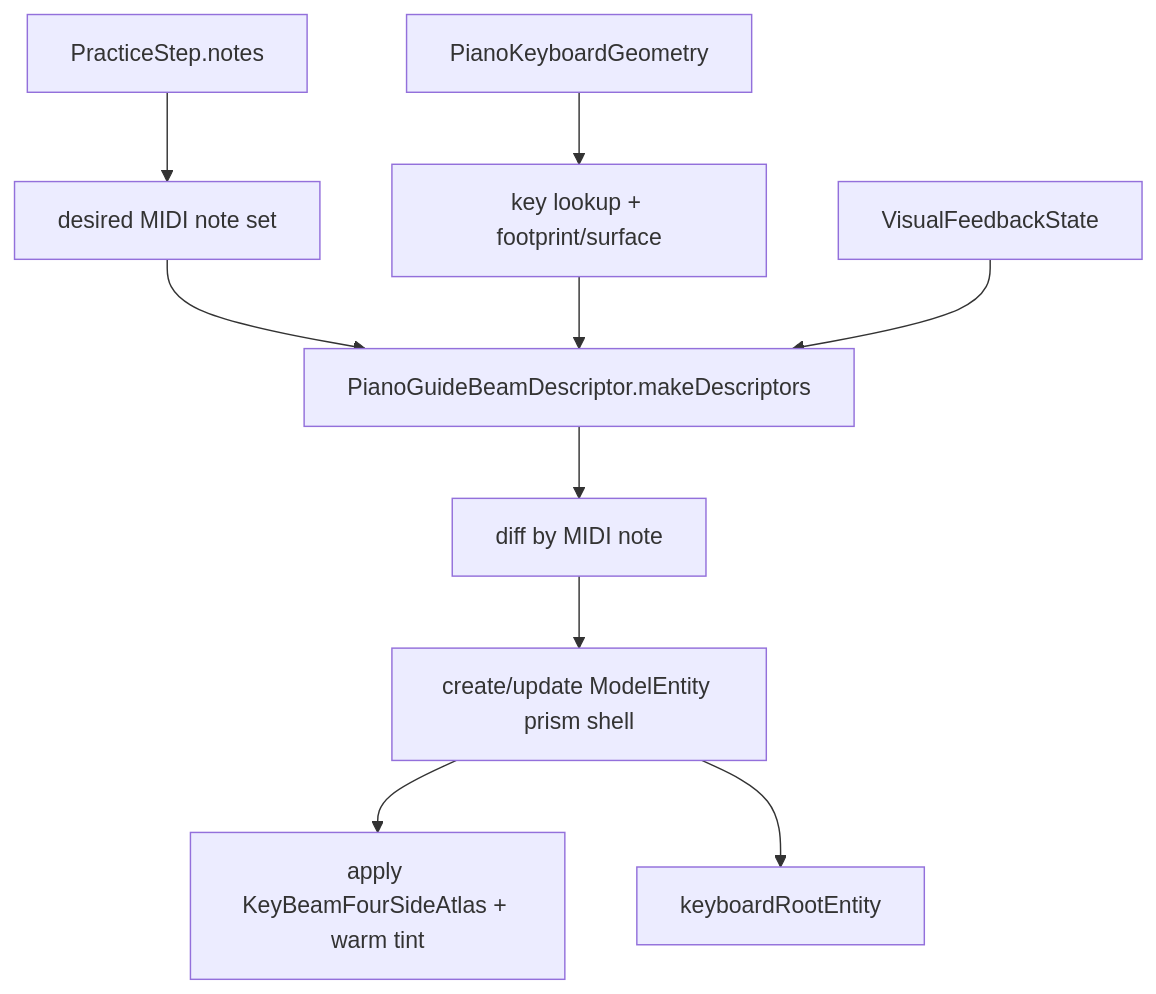
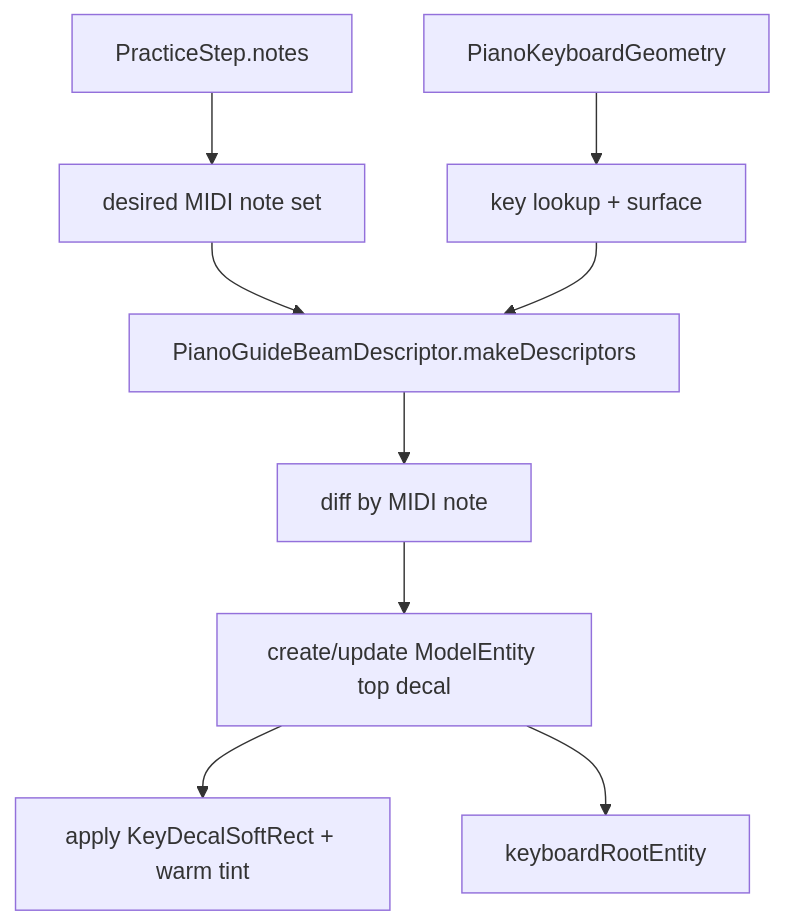
Before and after one commit to chiimagnus/HappyPianist: the first of 3 diagrams in .github/deepwiki/modules/lonelypianist-avp-practice.md, drawn with Mermaid. The commit also changed other lines of this file and 11 other files, not shown here.

````diff
--- a/.github/deepwiki/modules/lonelypianist-avp-practice.md
+++ b/.github/deepwiki/modules/lonelypianist-avp-practice.md
@@ -40,12 +39,11 @@
 ```mermaid
 flowchart TD
   A[PracticeStep.notes] --> B[desired MIDI note set]
-  C[PianoKeyboardGeometry] --> D[key lookup + footprint/surface]
+  C[PianoKeyboardGeometry] --> D[key lookup + surface]
   B --> E[PianoGuideBeamDescriptor.makeDescriptors]
   D --> E
-  I[VisualFeedbackState] --> E
   E --> F[diff by MIDI note]
-  F --> G[create/update ModelEntity prism shell]
-  G --> H[apply KeyBeamFourSideAtlas + warm tint]
+  F --> G[create/update ModelEntity top decal]
+  G --> H[apply KeyDecalSoftRect + warm tint]
   G --> K[keyboardRootEntity]
 ```
````
